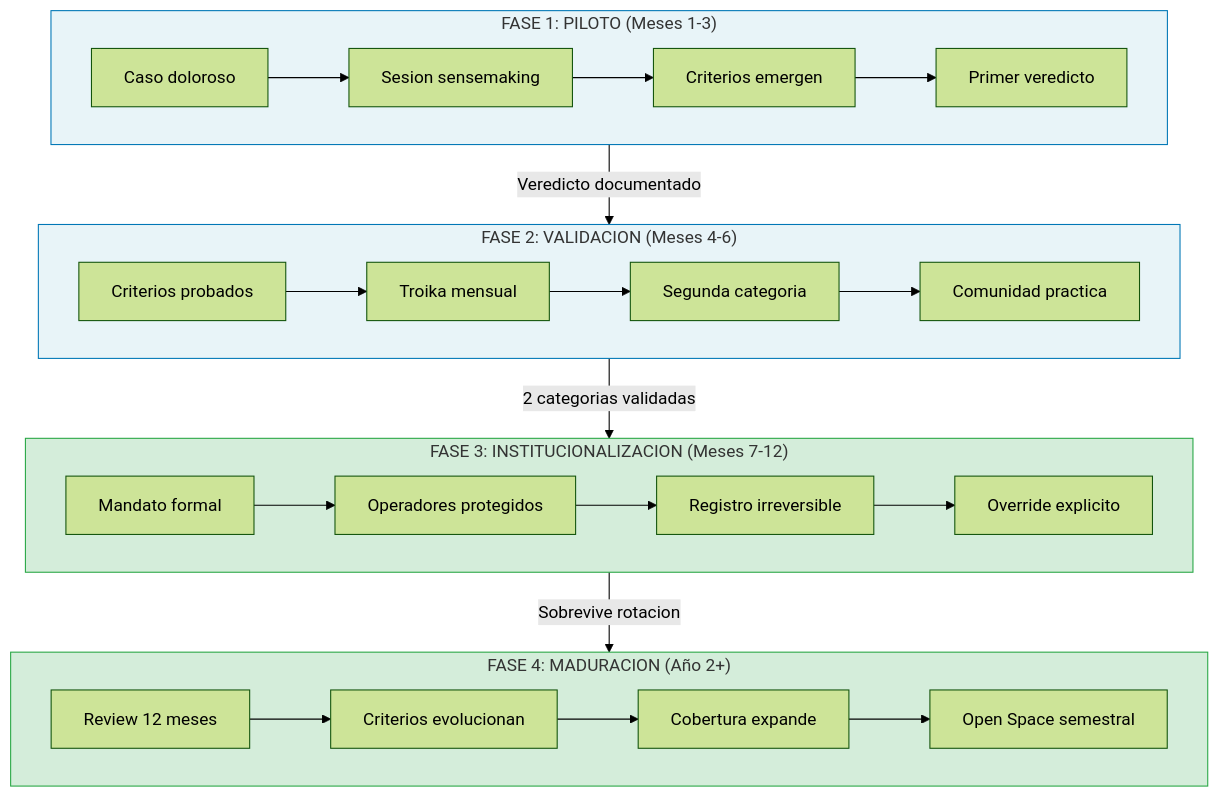
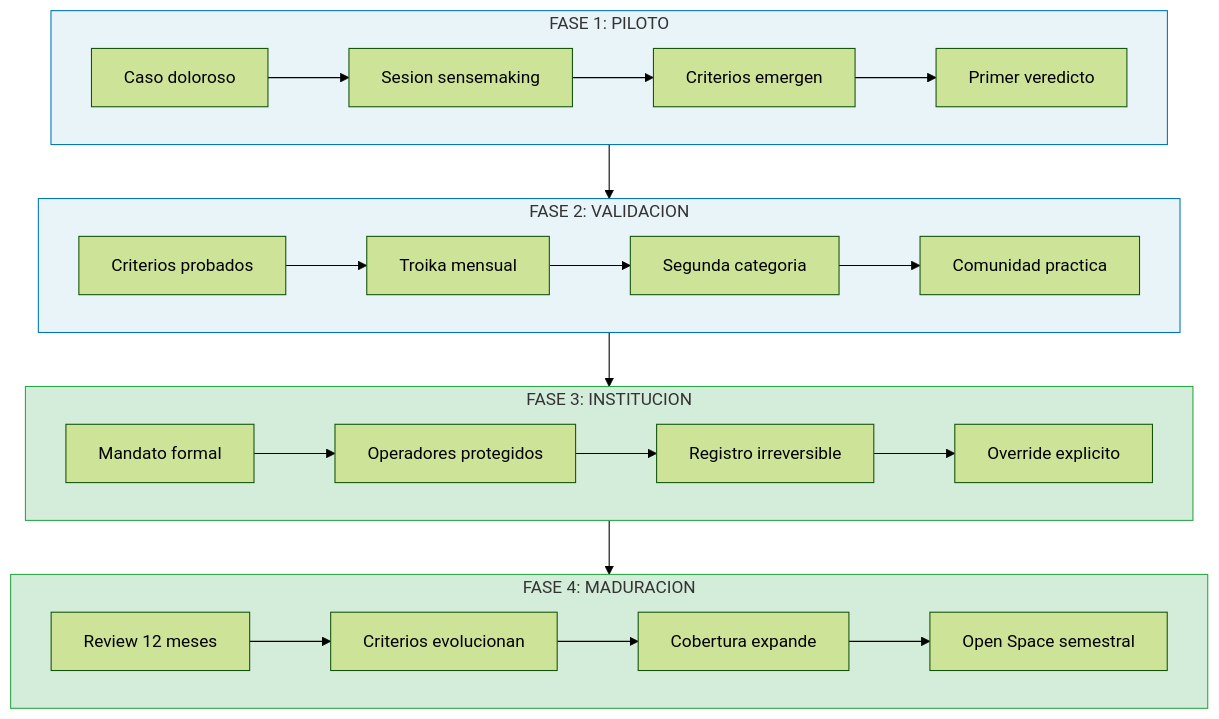
Before and after one commit to gonzalezulises/mas-control-mas-caos: the diagram in assets/diagrams/B10-fases-implementacion.mermaid, drawn with Mermaid (forest theme). The commit also changed 4 other files, not shown here.

First line of the commit message:
Shorten diagram titles to prevent cutoff

```diff
--- a/assets/diagrams/B10-fases-implementacion.mermaid
+++ b/assets/diagrams/B10-fases-implementacion.mermaid
@@ -1,34 +1,42 @@
 %%{init: {'flowchart': {'curve': 'basis'}}}%%
 flowchart TB
-    subgraph F1["FASE 1: PILOTO (Meses 1-3)"]
-        A1[Caso doloroso] --> A2[Sesion sensemaking]
-        A2 --> A3[Criterios emergen]
-        A3 --> A4[Primer veredicto]
+    subgraph F1["FASE 1: PILOTO"]
+        A1[Caso doloroso]
+        A2[Sesion sensemaking]
+        A3[Criterios emergen]
+        A4[Primer veredicto]
+        A1 --> A2 --> A3 --> A4
     end
 
-    subgraph F2["FASE 2: VALIDACION (Meses 4-6)"]
-        B1[Criterios probados] --> B2[Troika mensual]
-        B2 --> B3[Segunda categoria]
-        B3 --> B4[Comunidad practica]
+    subgraph F2["FASE 2: VALIDACION"]
+        B1[Criterios probados]
+        B2[Troika mensual]
+        B3[Segunda categoria]
+        B4[Comunidad practica]
+        B1 --> B2 --> B3 --> B4
     end
 
-    subgraph F3["FASE 3: INSTITUCIONALIZACION (Meses 7-12)"]
-        C1[Mandato formal] --> C2[Operadores protegidos]
-        C2 --> C3[Registro irreversible]
-        C3 --> C4[Override explicito]
+    subgraph F3["FASE 3: INSTITUCION"]
+        C1[Mandato formal]
+        C2[Operadores protegidos]
+        C3[Registro irreversible]
+        C4[Override explicito]
+        C1 --> C2 --> C3 --> C4
     end
 
-    subgraph F4["FASE 4: MADURACION (Año 2+)"]
-        D1[Review 12 meses] --> D2[Criterios evolucionan]
-        D2 --> D3[Cobertura expande]
-        D3 --> D4[Open Space semestral]
+    subgraph F4["FASE 4: MADURACION"]
+        D1[Review 12 meses]
+        D2[Criterios evolucionan]
+        D3[Cobertura expande]
+        D4[Open Space semestral]
+        D1 --> D2 --> D3 --> D4
     end
 
-    F1 -->|Veredicto documentado| F2
-    F2 -->|2 categorias validadas| F3
-    F3 -->|Sobrevive rotacion| F4
+    F1 --> F2
+    F2 --> F3
+    F3 --> F4
 
     style F1 fill:#e8f4f8,stroke:#0077b6
     style F2 fill:#e8f4f8,stroke:#0077b6
     style F3 fill:#d4edda,stroke:#28a745
     style F4 fill:#d4edda,stroke:#28a745
```
